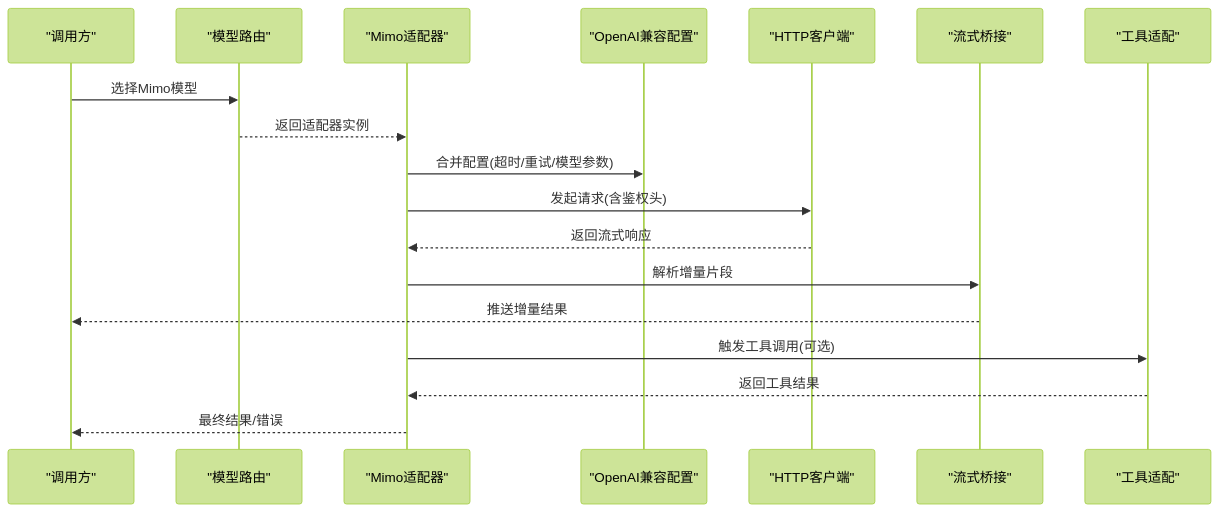
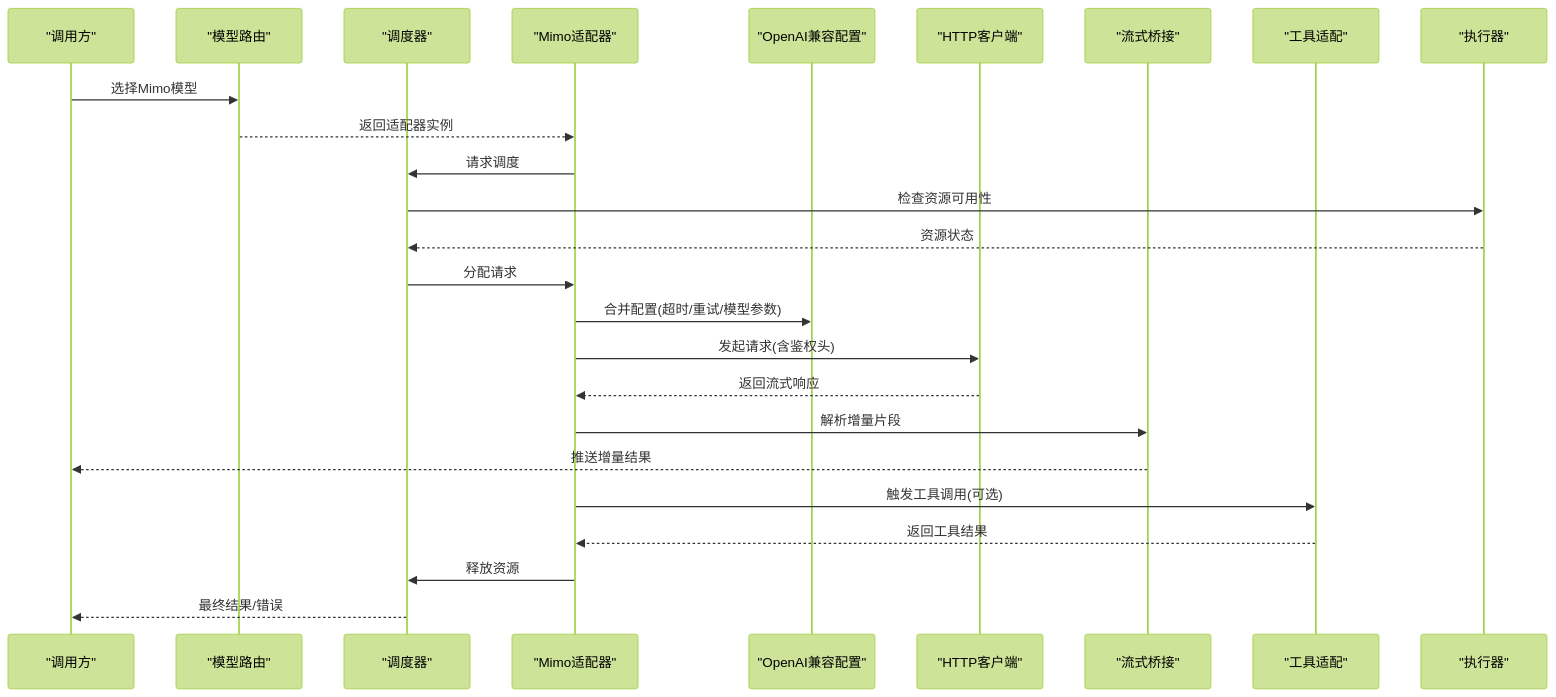
The second of 13 diagrams in .qoder/repowiki/zh/content/AI系统集成/Mimo适配器.md (scottcwy/PurpleInk), drawn with Mermaid (forest theme) before and after one commit. The commit also changed other lines of this file and 23 other files, not shown here.

````diff
--- a/.qoder/repowiki/zh/content/AI系统集成/Mimo适配器.md
+++ b/.qoder/repowiki/zh/content/AI系统集成/Mimo适配器.md
@@ -113,20 +119,27 @@
 ```mermaid
 sequenceDiagram
 participant Caller as "调用方"
 participant Router as "模型路由"
+participant Dispatch as "调度器"
 participant Adapter as "Mimo适配器"
 participant OAICfg as "OpenAI兼容配置"
 participant HTTP as "HTTP客户端"
 participant Stream as "流式桥接"
 participant Tool as "工具适配"
+participant Executor as "执行器"
 Caller->>Router : 选择Mimo模型
 Router-->>Adapter : 返回适配器实例
+Adapter->>Dispatch : 请求调度
+Dispatch->>Executor : 检查资源可用性
+Executor-->>Dispatch : 资源状态
+Dispatch->>Adapter : 分配请求
 Adapter->>OAICfg : 合并配置(超时/重试/模型参数)
 Adapter->>HTTP : 发起请求(含鉴权头)
 HTTP-->>Adapter : 返回流式响应
 Adapter->>Stream : 解析增量片段
 Stream-->>Caller : 推送增量结果
 Adapter->>Tool : 触发工具调用(可选)
 Tool-->>Adapter : 返回工具结果
-Adapter-->>Caller : 最终结果/错误
+Adapter->>Dispatch : 释放资源
+Dispatch-->>Caller : 最终结果/错误
 ```
````
